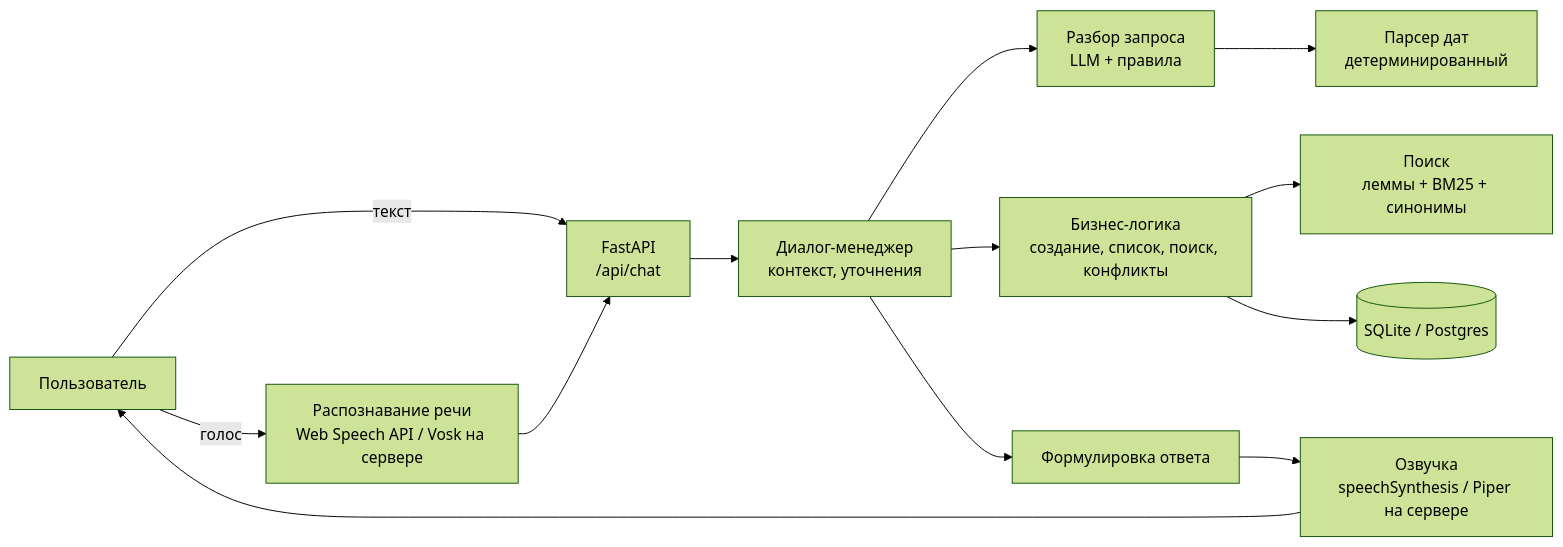
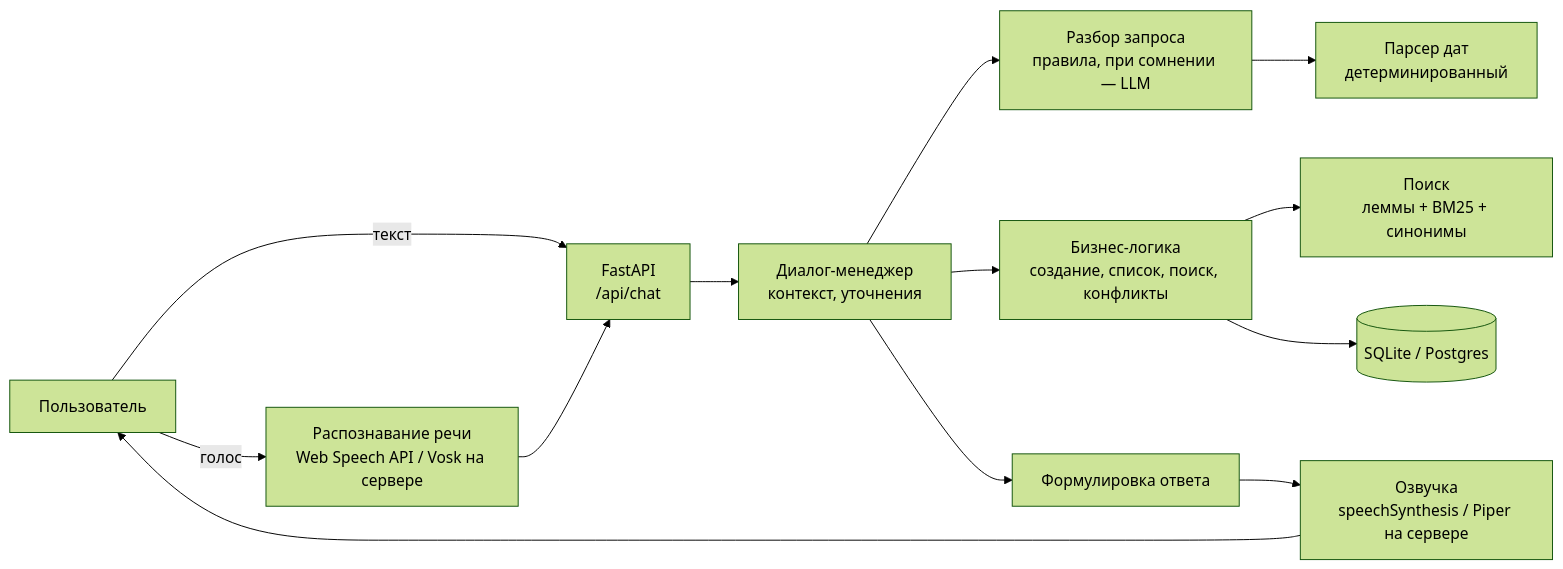
The diagram in README.md (Allorin/voice-assistant), drawn with Mermaid (forest theme) before and after one commit. The commit also changed other lines of this file and 27 other files, not shown here.

````diff
--- a/README.md
+++ b/README.md
@@ -214,15 +229,15 @@
 ```mermaid
 flowchart LR
     U[Пользователь] -- голос --> STT[Распознавание речи<br/>Web Speech API / Vosk на сервере]
     U -- текст --> API
     STT --> API[FastAPI<br/>/api/chat]
     API --> DM[Диалог-менеджер<br/>контекст, уточнения]
-    DM --> NLU[Разбор запроса<br/>LLM + правила]
+    DM --> NLU[Разбор запроса<br/>правила, при сомнении — LLM]
     NLU --> TP[Парсер дат<br/>детерминированный]
     DM --> SVC[Бизнес-логика<br/>создание, список, поиск, конфликты]
     SVC --> SRCH[Поиск<br/>леммы + BM25 + синонимы]
     SVC --> DB[(SQLite / Postgres)]
     DM --> RESP[Формулировка ответа]
     RESP --> TTS[Озвучка<br/>speechSynthesis / Piper на сервере]
     TTS --> U
 ```
````
